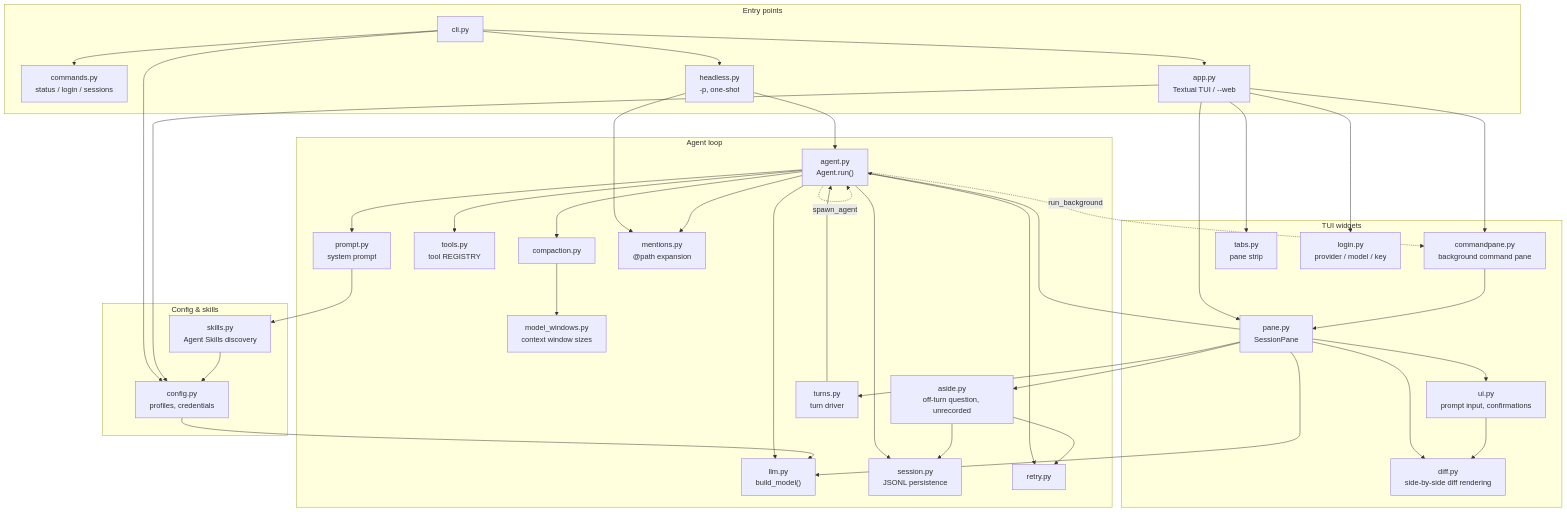
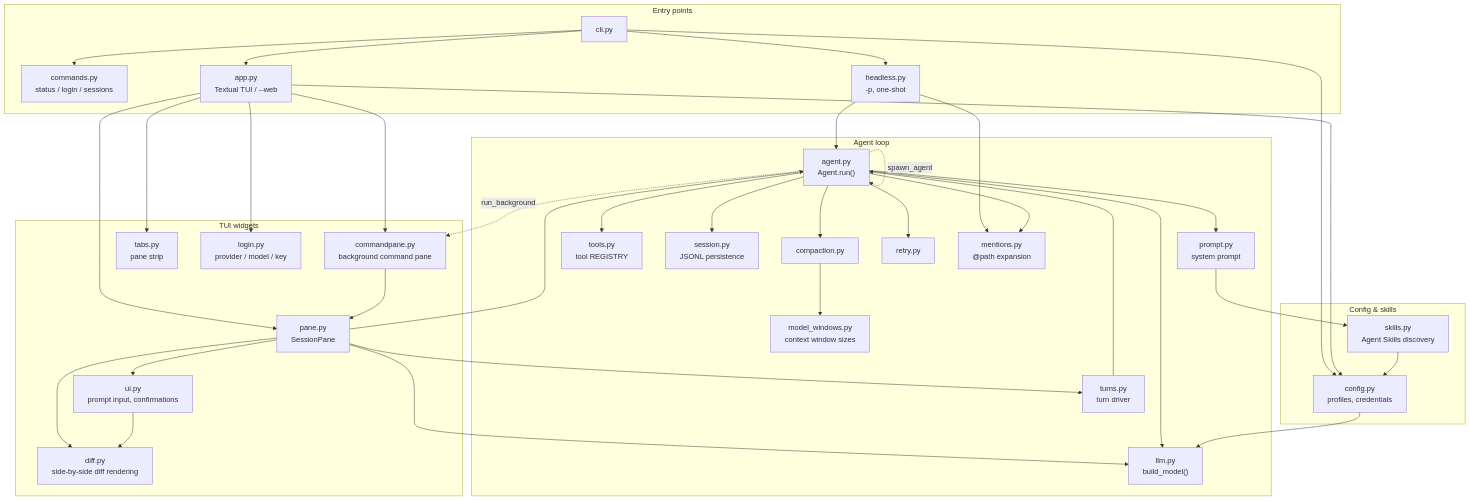
The diagram in README.md (aisk/paimon), drawn with Mermaid before and after one commit. The commit also changed 10 other files, not shown here.

````diff
--- a/README.md
+++ b/README.md
@@ -110,81 +110,76 @@
 ```mermaid
 flowchart TD
     subgraph entry["Entry points"]
         CLI["cli.py"]
         Commands["commands.py<br/>status / login / sessions"]
         Headless["headless.py<br/>-p, one-shot"]
         App["app.py<br/>Textual TUI / --web"]
     end
 
     subgraph tui["TUI widgets"]
         Pane["pane.py<br/>SessionPane"]
         CommandPane["commandpane.py<br/>background command pane"]
         Tabs["tabs.py<br/>pane strip"]
         Login["login.py<br/>provider / model / key"]
         UIWidgets["ui.py<br/>prompt input, confirmations"]
         Diff["diff.py<br/>side-by-side diff rendering"]
     end
 
     subgraph core["Agent loop"]
         AgentLoop["agent.py<br/>Agent.run()"]
         LLM["llm.py<br/>build_model()"]
         PromptMod["prompt.py<br/>system prompt"]
         ToolsMod["tools.py<br/>tool REGISTRY"]
         SessionMod["session.py<br/>JSONL persistence"]
         Compaction["compaction.py"]
         ModelWindows["model_windows.py<br/>context window sizes"]
         Retry["retry.py"]
         Mentions["mentions.py<br/>@path expansion"]
-        Aside["aside.py<br/>off-turn question, unrecorded"]
         Jobs["turns.py<br/>turn driver"]
     end
 
     subgraph support["Config & skills"]
         Config["config.py<br/>profiles, credentials"]
         Skills["skills.py<br/>Agent Skills discovery"]
     end
 
     CLI --> Commands
     CLI --> Headless
     CLI --> App
     CLI --> Config
 
     Headless --> AgentLoop
     Headless --> Mentions
 
     App --> Pane
     App --> CommandPane
     App --> Tabs
     App --> Login
     App --> Config
 
     Pane --> Jobs
     Pane --> AgentLoop
-    Pane --> Aside
     Pane --> Diff
     Pane --> UIWidgets
     Pane --> LLM
     CommandPane --> Pane
     UIWidgets --> Diff
 
     AgentLoop --> LLM
     AgentLoop --> PromptMod
     AgentLoop --> ToolsMod
     AgentLoop --> SessionMod
     AgentLoop --> Compaction
     AgentLoop --> Retry
     AgentLoop --> Mentions
     AgentLoop -. "spawn_agent" .-> AgentLoop
     AgentLoop -. "run_background" .-> CommandPane
 
-    Aside --> Retry
-    Aside --> SessionMod
-
     PromptMod --> Skills
     Compaction --> ModelWindows
 
     Jobs --> AgentLoop
 
     Skills --> Config
     Config --> LLM
 ```
````
